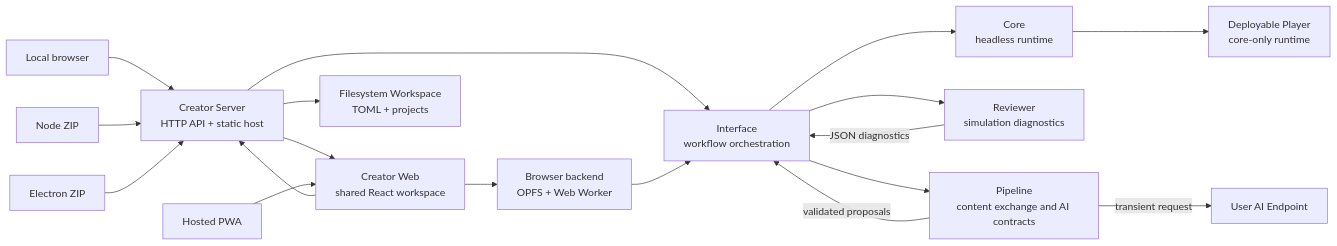
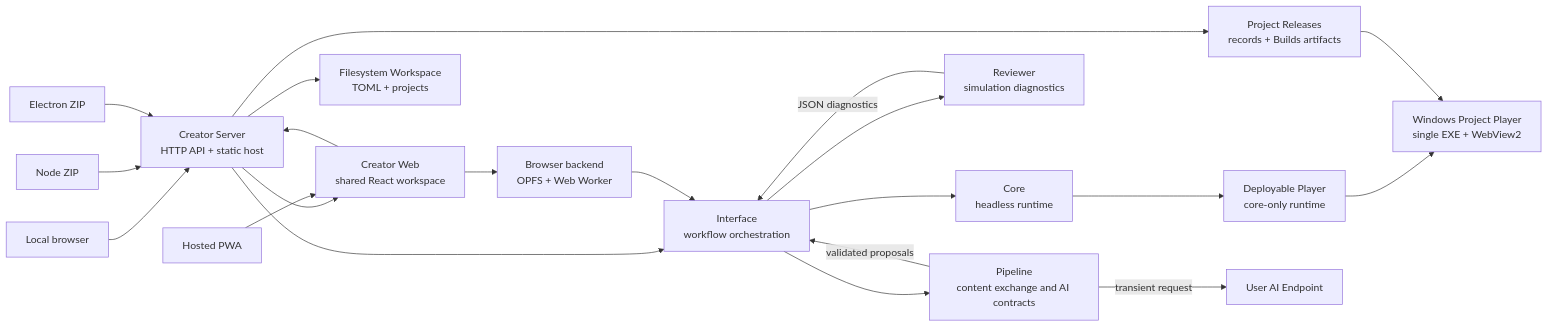
One commit to Sisyphe42/ReignsAgent changed the first of 2 diagrams in README.md. Above: the diagram before and after it, drawn with Mermaid. The commit also changed other lines of this file and 9 other files, not shown here.

First line of the commit message:
docs(release): document Windows project publishing

````diff
--- a/README.md
+++ b/README.md
@@ -119,35 +119,40 @@
 ```mermaid
 flowchart LR
   local["Local browser"]
   nodeZip["Node ZIP"]
   electron["Electron ZIP"]
   hosted["Hosted PWA"]
   creator["Creator Web<br/>shared React workspace"]
   server["Creator Server<br/>HTTP API + static host"]
   fileWorkspace["Filesystem Workspace<br/>TOML + projects"]
   browserBackend["Browser backend<br/>OPFS + Web Worker"]
   interface["Interface<br/>workflow orchestration"]
   pipeline["Pipeline<br/>content exchange and AI contracts"]
   reviewer["Reviewer<br/>simulation diagnostics"]
   core["Core<br/>headless runtime"]
   player["Deployable Player<br/>core-only runtime"]
+  winPlayer["Windows Project Player<br/>single EXE + WebView2"]
+  releases["Project Releases<br/>records + Builds artifacts"]
   provider["User AI Endpoint"]
 
   local --> server
   nodeZip --> server
   electron --> server
   server --> creator
   server --> fileWorkspace
+  server --> releases
   hosted --> creator
   creator --> browserBackend
   creator --> server
   server --> interface
   browserBackend --> interface
   interface --> core
   interface --> reviewer
   interface --> pipeline
   pipeline -->|"transient request"| provider
   reviewer -->|"JSON diagnostics"| interface
   pipeline -->|"validated proposals"| interface
   core --> player
+  player --> winPlayer
+  releases --> winPlayer
 ```
````
